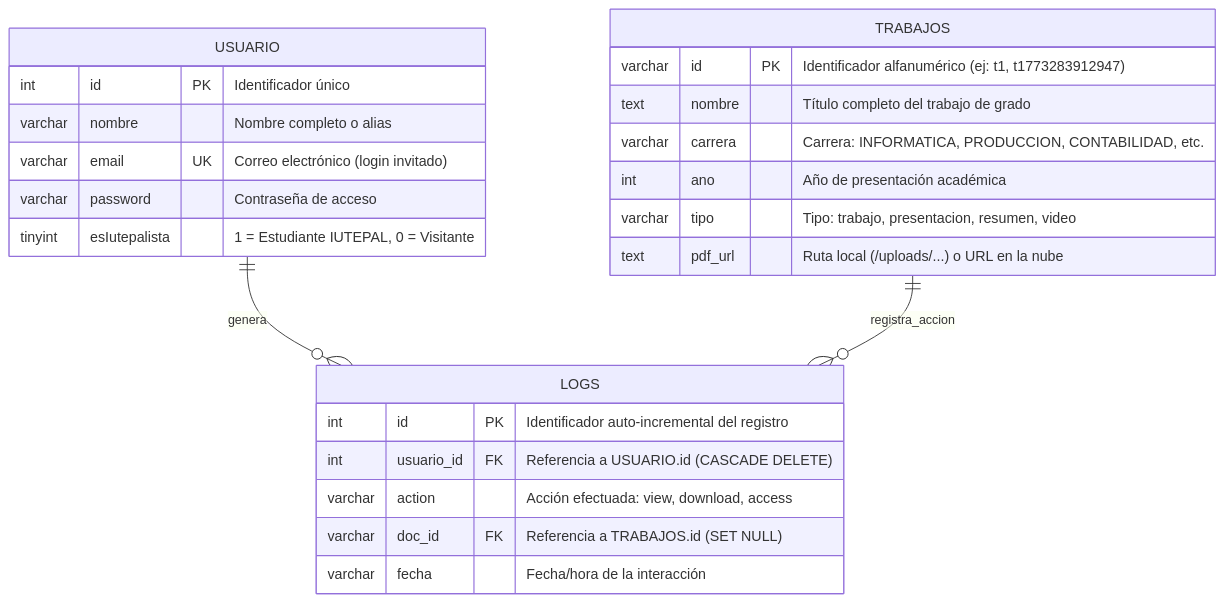
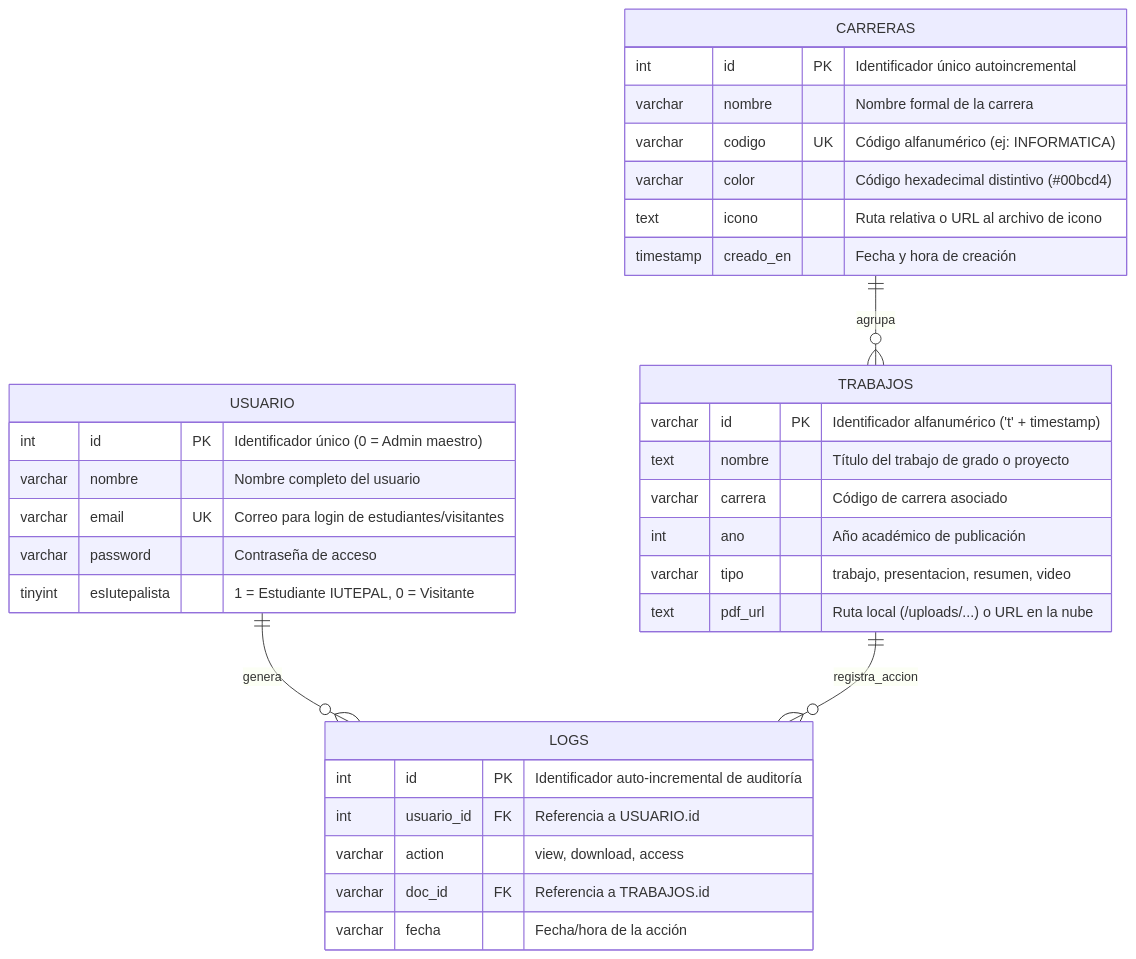
The second of 2 diagrams in DOCUMENTACION_TECNICA.md (Vess-Yeenie/CODIGOCOMPARTIDOIUTEPAL), drawn with Mermaid before and after one commit. The commit also changed other lines of this file and 119 other files, not shown here.

````diff
--- a/DOCUMENTACION_TECNICA.md
+++ b/DOCUMENTACION_TECNICA.md
@@ -193,30 +199,40 @@
 ```mermaid
 erDiagram
     USUARIO ||--o{ LOGS : genera
     TRABAJOS ||--o{ LOGS : registra_accion
+    CARRERAS ||--o{ TRABAJOS : agrupa
 
     USUARIO {
-        int id PK "Identificador único"
-        varchar nombre "Nombre completo o alias"
-        varchar email UK "Correo electrónico (login invitado)"
+        int id PK "Identificador único (0 = Admin maestro)"
+        varchar nombre "Nombre completo del usuario"
+        varchar email UK "Correo para login de estudiantes/visitantes"
         varchar password "Contraseña de acceso"
         tinyint esIutepalista "1 = Estudiante IUTEPAL, 0 = Visitante"
     }
 
+    CARRERAS {
+        int id PK "Identificador único autoincremental"
+        varchar nombre "Nombre formal de la carrera"
+        varchar codigo UK "Código alfanumérico (ej: INFORMATICA)"
+        varchar color "Código hexadecimal distintivo (#00bcd4)"
+        text icono "Ruta relativa o URL al archivo de icono"
+        timestamp creado_en "Fecha y hora de creación"
+    }
+
     TRABAJOS {
-        varchar id PK "Identificador alfanumérico (ej: t1, t1773283912947)"
-        text nombre "Título completo del trabajo de grado"
-        varchar carrera "Carrera: INFORMATICA, PRODUCCION, CONTABILIDAD, etc."
-        int ano "Año de presentación académica"
-        varchar tipo "Tipo: trabajo, presentacion, resumen, video"
+        varchar id PK "Identificador alfanumérico ('t' + timestamp)"
+        text nombre "Título del trabajo de grado o proyecto"
+        varchar carrera "Código de carrera asociado"
+        int ano "Año académico de publicación"
+        varchar tipo "trabajo, presentacion, resumen, video"
         text pdf_url "Ruta local (/uploads/...) o URL en la nube"
     }
 
     LOGS {
-        int id PK "Identificador auto-incremental del registro"
-        int usuario_id FK "Referencia a USUARIO.id (CASCADE DELETE)"
-        varchar action "Acción efectuada: view, download, access"
-        varchar doc_id FK "Referencia a TRABAJOS.id (SET NULL)"
-        varchar fecha "Fecha/hora de la interacción"
+        int id PK "Identificador auto-incremental de auditoría"
+        int usuario_id FK "Referencia a USUARIO.id"
+        varchar action "view, download, access"
+        varchar doc_id FK "Referencia a TRABAJOS.id"
+        varchar fecha "Fecha/hora de la acción"
     }
 ```
````
